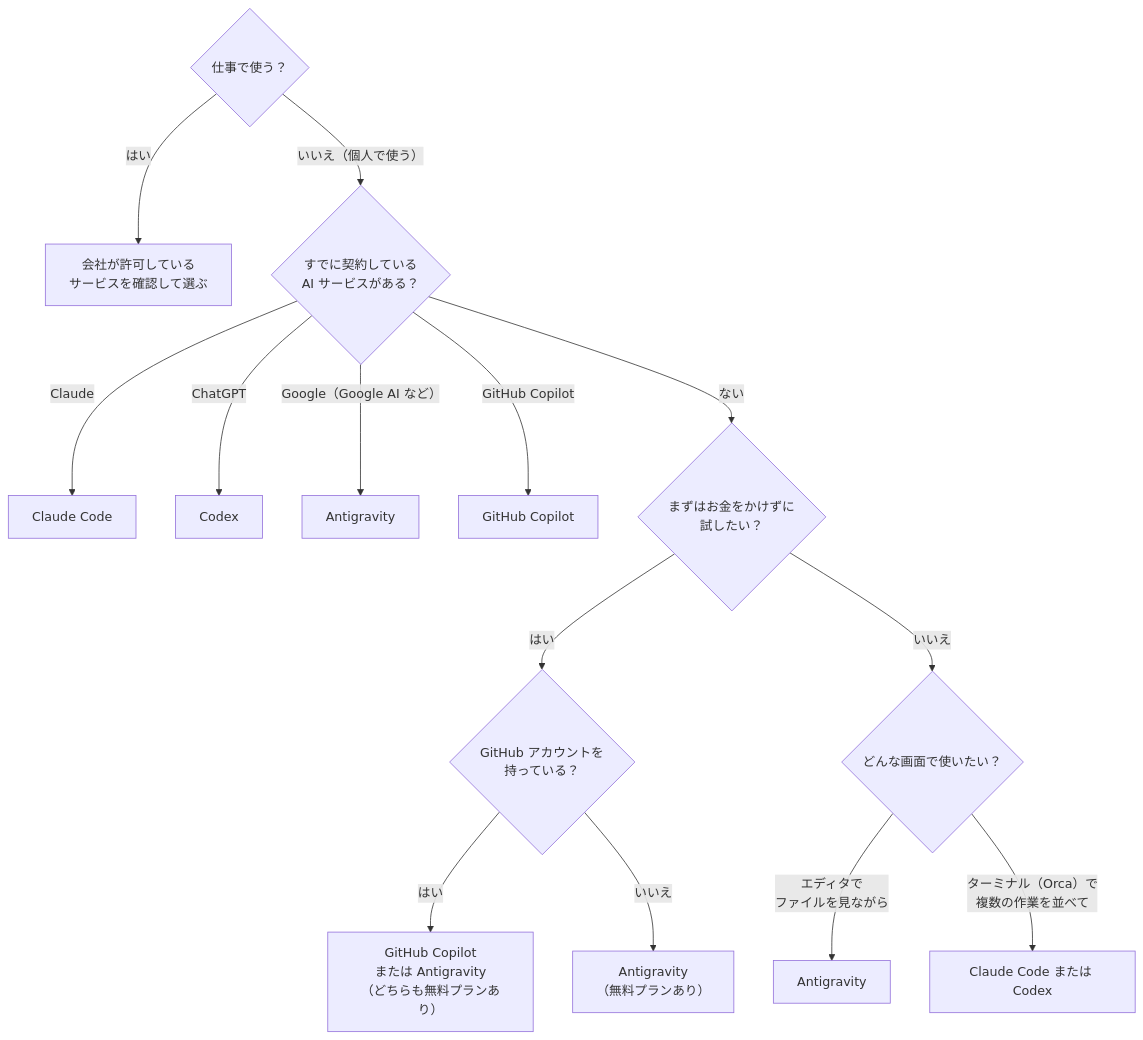
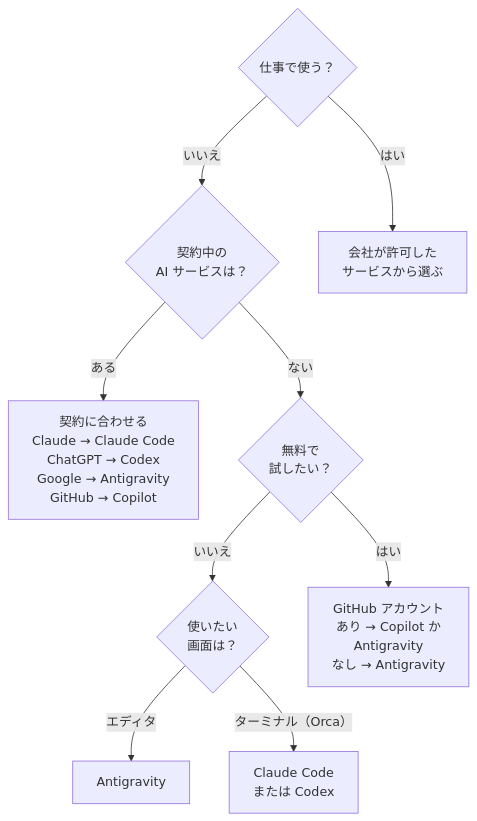
Before and after one commit to fujitamasayoshi0402/ai-dev-setup: the second of 6 diagrams in docs/03-tools.md, drawn with Mermaid. The commit also changed other lines of this file and 5 other files, not shown here.

First line of the commit message:
docs: 図を縦長のレイアウトにして、GitHub のボタンと重ならないように修正

````diff
--- a/docs/03-tools.md
+++ b/docs/03-tools.md
@@ -43,17 +43,12 @@
 ```mermaid
 flowchart TD
     q0{"仕事で使う？"}
-    q0 -- "はい" --> work["会社が許可している<br>サービスを確認して選ぶ"]
-    q0 -- "いいえ（個人で使う）" --> q1{"すでに契約している<br>AI サービスがある？"}
-    q1 -- "Claude" --> cc["Claude Code"]
-    q1 -- "ChatGPT" --> codex["Codex"]
-    q1 -- "Google（Google AI など）" --> ag["Antigravity"]
-    q1 -- "GitHub Copilot" --> cop["GitHub Copilot"]
-    q1 -- "ない" --> q2{"まずはお金をかけずに<br>試したい？"}
-    q2 -- "はい" --> q2b{"GitHub アカウントを<br>持っている？"}
-    q2b -- "はい" --> cop2["GitHub Copilot<br>または Antigravity<br>（どちらも無料プランあり）"]
-    q2b -- "いいえ" --> ag2["Antigravity<br>（無料プランあり）"]
-    q2 -- "いいえ" --> q3{"どんな画面で使いたい？"}
-    q3 -- "エディタで<br>ファイルを見ながら" --> ag3["Antigravity"]
-    q3 -- "ターミナル（Orca）で<br>複数の作業を並べて" --> cli["Claude Code または Codex"]
+    q0 -- "いいえ" --> q1{"契約中の<br>AI サービスは？"}
+    q0 -- "はい" --> work["会社が許可した<br>サービスから選ぶ"]
+    q1 -- "ある" --> map["契約に合わせる<br>Claude → Claude Code<br>ChatGPT → Codex<br>Google → Antigravity<br>GitHub → Copilot"]
+    q1 -- "ない" --> q2{"無料で<br>試したい？"}
+    q2 -- "いいえ" --> q3{"使いたい<br>画面は？"}
+    q2 -- "はい" --> free["GitHub アカウント<br>あり → Copilot か<br>Antigravity<br>なし → Antigravity"]
+    q3 -- "エディタ" --> ag["Antigravity"]
+    q3 -- "ターミナル（Orca）" --> cli["Claude Code<br>または Codex"]
 ```
````
